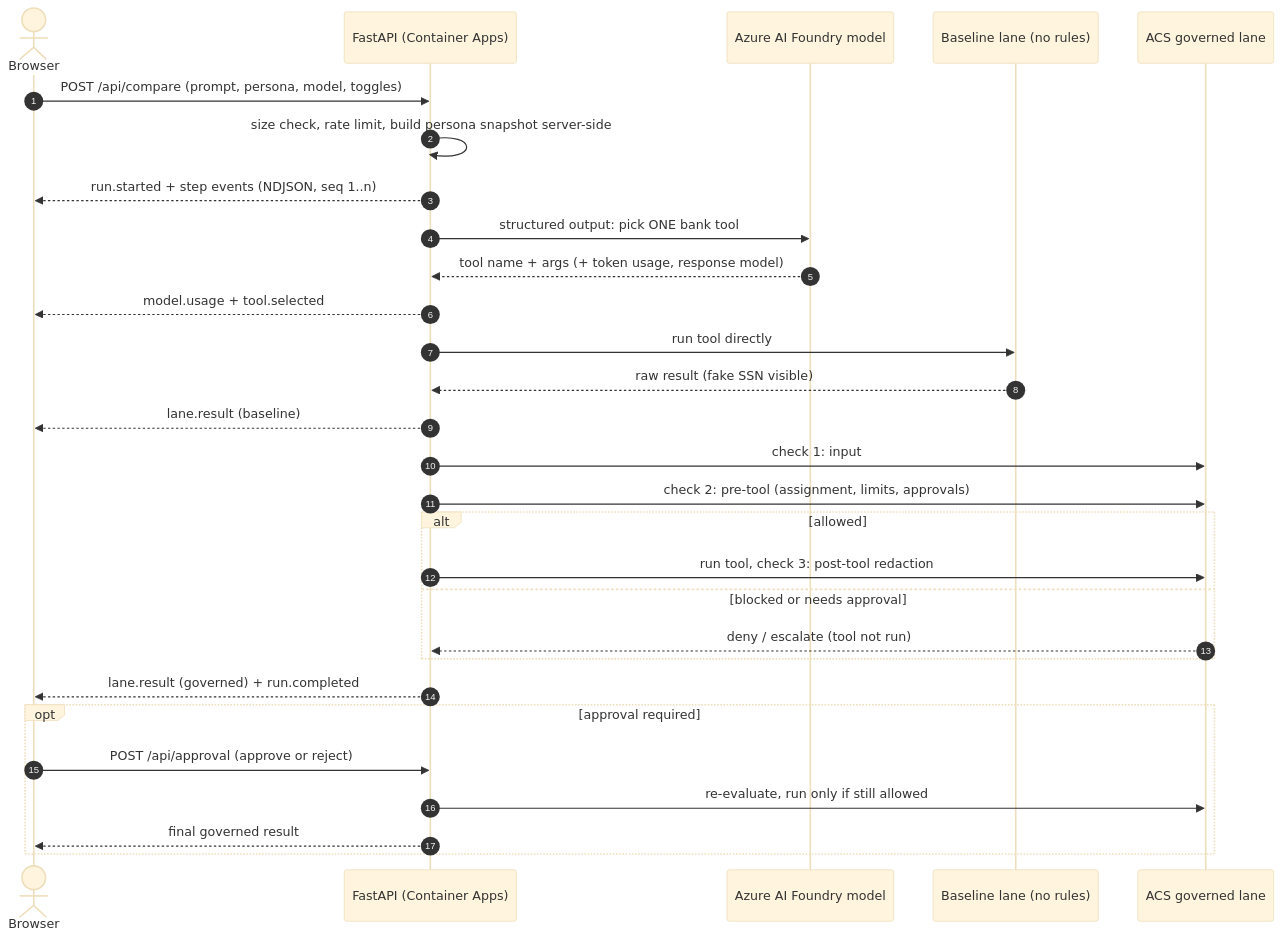
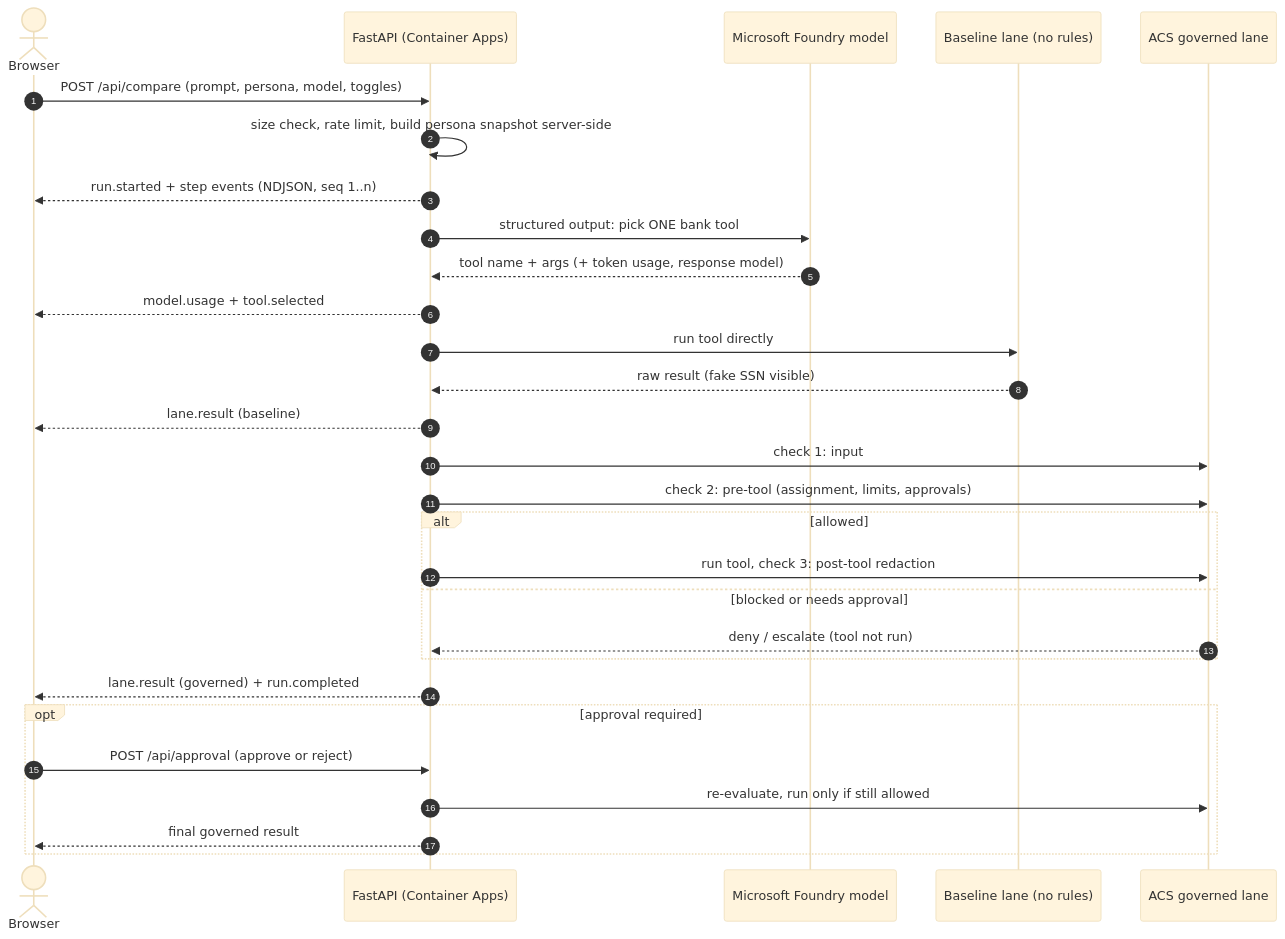
One commit to michaelsrichter/bank-manager-standalone changed the diagram in docs/architecture/diagrams/request-flow.mmd. Above: the diagram before and after it, drawn with Mermaid. The commit also changed 27 other files, not shown here.

First line of the commit message:
Add evaluators and AGT/ACS/ASSERT slides, product links page, and Microsoft Foundry naming

```diff
--- a/docs/architecture/diagrams/request-flow.mmd
+++ b/docs/architecture/diagrams/request-flow.mmd
@@ -1,30 +1,30 @@
 %%{init: {"theme": "base", "themeVariables": {"fontFamily": "Arial, Helvetica, sans-serif", "fontSize": "15px"}}}%%
 sequenceDiagram
   autonumber
   actor U as Browser
   participant API as FastAPI (Container Apps)
-  participant M as Azure AI Foundry model
+  participant M as Microsoft Foundry model
   participant B as Baseline lane (no rules)
   participant G as ACS governed lane
   U->>API: POST /api/compare (prompt, persona, model, toggles)
   API->>API: size check, rate limit, build persona snapshot server-side
   API-->>U: run.started + step events (NDJSON, seq 1..n)
   API->>M: structured output: pick ONE bank tool
   M-->>API: tool name + args (+ token usage, response model)
   API-->>U: model.usage + tool.selected
   API->>B: run tool directly
   B-->>API: raw result (fake SSN visible)
   API-->>U: lane.result (baseline)
   API->>G: check 1: input
   API->>G: check 2: pre-tool (assignment, limits, approvals)
   alt allowed
     API->>G: run tool, check 3: post-tool redaction
   else blocked or needs approval
     G-->>API: deny / escalate (tool not run)
   end
   API-->>U: lane.result (governed) + run.completed
   opt approval required
     U->>API: POST /api/approval (approve or reject)
     API->>G: re-evaluate, run only if still allowed
     API-->>U: final governed result
   end
```
